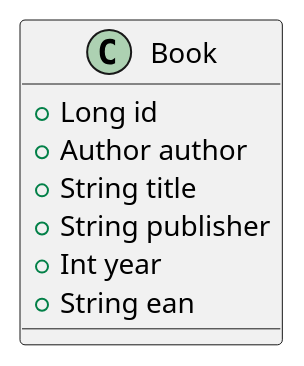
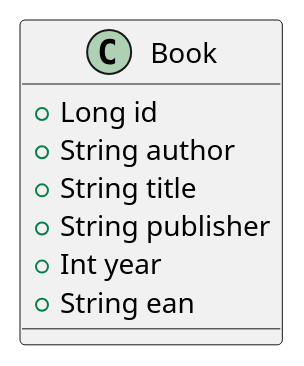
The diagram in src/main/resources/model_book.puml (DarkToast/Spring-Schulung), drawn with PlantUML before and after one commit. The commit also changed 4 other files, not shown here.

Commit message:
Adding more diagrams

```diff
--- a/src/main/resources/model_book.puml
+++ b/src/main/resources/model_book.puml
@@ -1,13 +1,13 @@
 @startuml
 left to right direction
 
 class Book {
   + Long id
-  + Author author
+  + String author
   + String title
   + String publisher
   + Int year
   + String ean
 }
 
 @enduml
```
